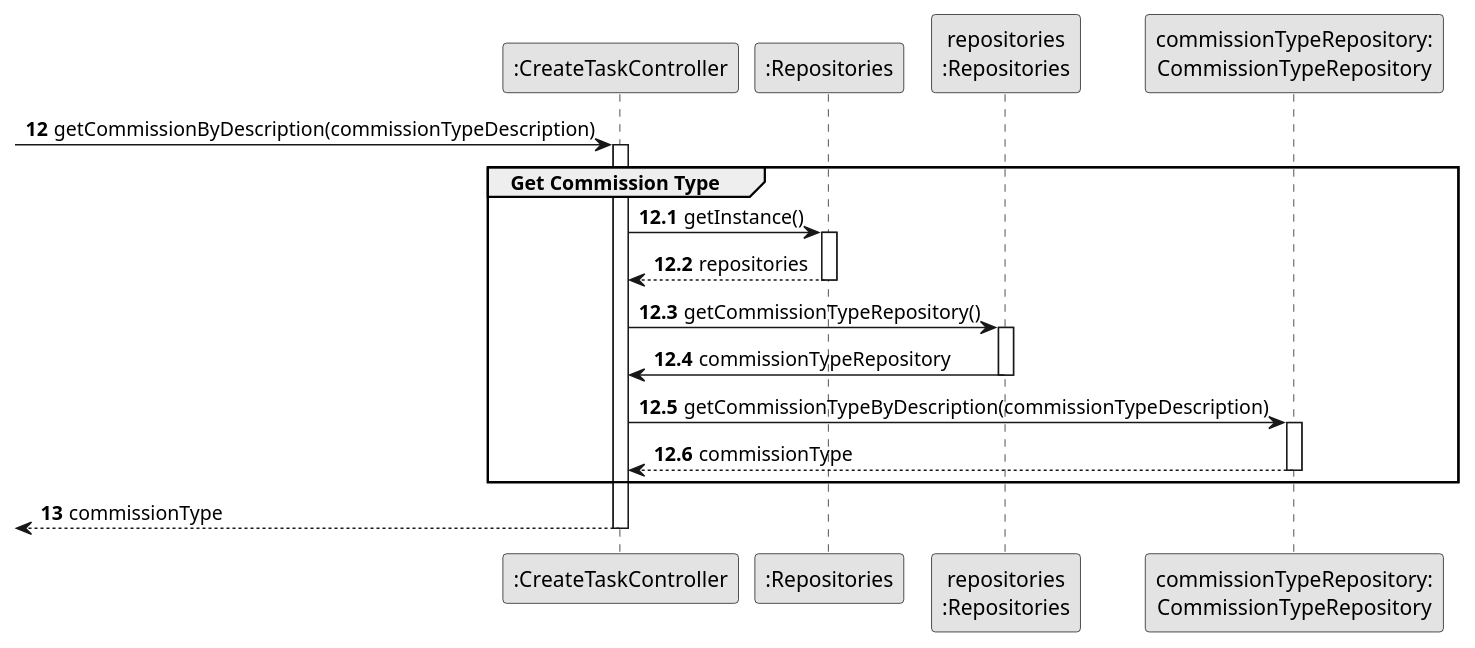
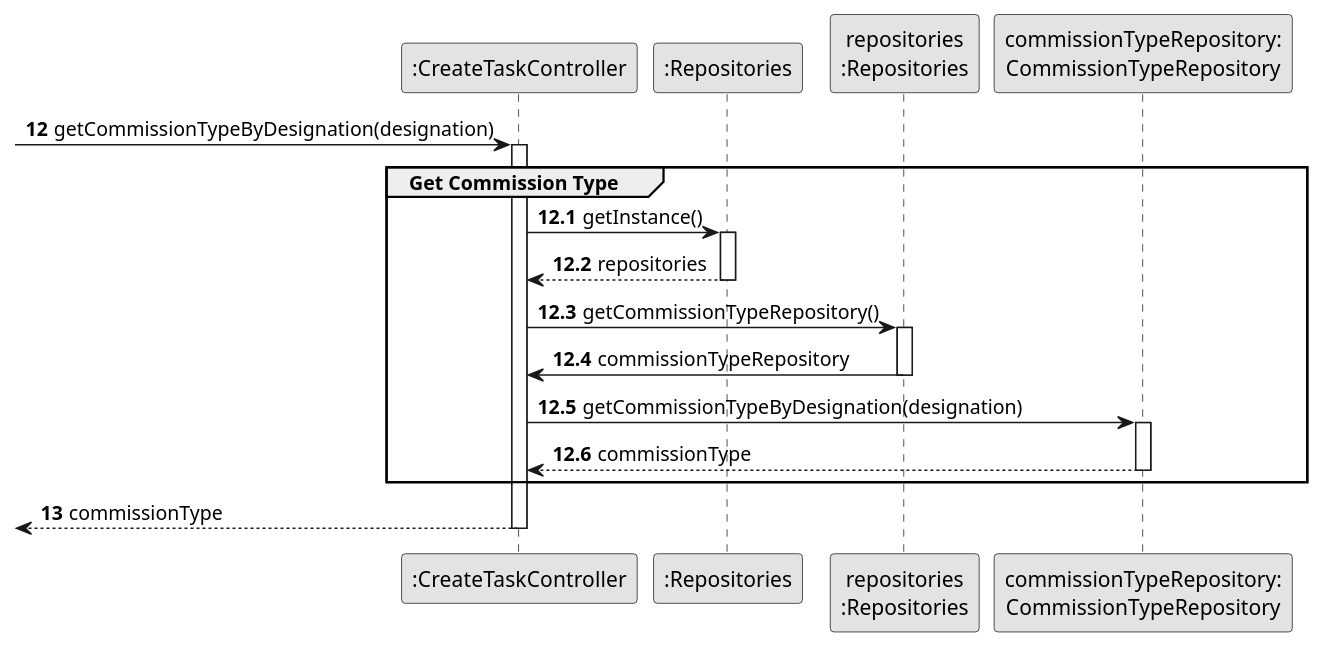
One commit to rita-barbosa/LAPR2-2223 changed the diagram in docs/sprintB/us002/03.design/puml/us002-sequence-diagram-partial-get-commission-type.puml. Above: the diagram before and after it, drawn with PlantUML. The commit also changed 2 other files, not shown here.

Commit message:
Update of sequence diagram [US002][Design]

```diff
--- a/docs/sprintB/us002/03.design/puml/us002-sequence-diagram-partial-get-commission-type.puml
+++ b/docs/sprintB/us002/03.design/puml/us002-sequence-diagram-partial-get-commission-type.puml
@@ -1,44 +1,44 @@
 @startuml
 skinparam monochrome true
 skinparam packageStyle rectangle
 skinparam shadowing false
 
 participant ":CreateTaskController" as CTRL
 participant ":Repositories" as RepositorySingleton
 participant "repositories\n:Repositories" as PLAT
 participant "commissionTypeRepository:\nCommissionTypeRepository" as CommissionTypeRepository
 
 autonumber 12
--> CTRL : getCommissionByDescription(commissionTypeDescription)
+-> CTRL : getCommissionTypeByDesignation(designation)
 
 autonumber 12.1
 
 activate CTRL
     group Get Commission Type
         CTRL -> RepositorySingleton : getInstance()
         activate RepositorySingleton
 
             RepositorySingleton --> CTRL: repositories
         deactivate RepositorySingleton
 
         CTRL -> PLAT : getCommissionTypeRepository()
         activate PLAT
 
             PLAT -> CTRL : commissionTypeRepository
         deactivate PLAT
 
-        CTRL -> CommissionTypeRepository : getCommissionTypeByDescription(commissionTypeDescription)
+        CTRL -> CommissionTypeRepository : getCommissionTypeByDesignation(designation)
         activate CommissionTypeRepository
 
             CommissionTypeRepository --> CTRL : commissionType
         deactivate CommissionTypeRepository
 
     end group
 
     autonumber 13
     <-- CTRL : commissionType
 
 deactivate CTRL
 
 
 @enduml
```
